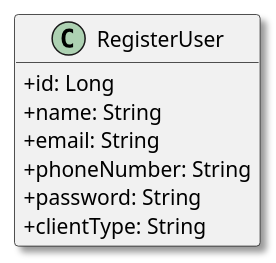
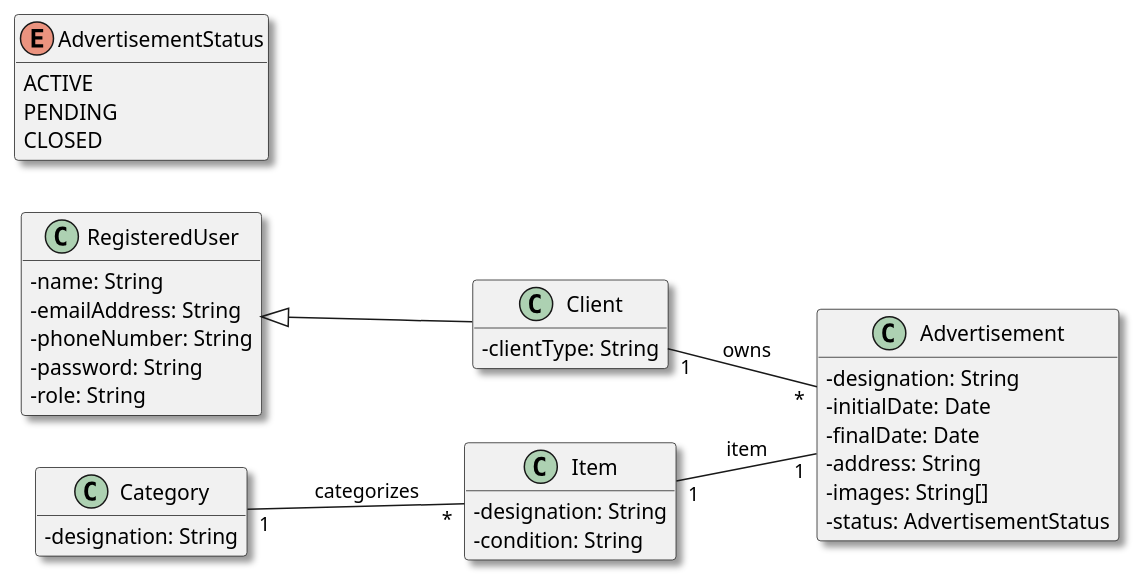
The diagram in Docs/US03/02-analysis/US03-DM.puml (vivianeaalmeida/ComeAndGet), drawn with PlantUML before and after one commit. The commit also changed 4 other files, not shown here.

```diff
--- a/Docs/US03/02-analysis/US03-DM.puml
+++ b/Docs/US03/02-analysis/US03-DM.puml
@@ -1,16 +1,50 @@
 @startuml
 skinparam monochrome false
 skinparam packageStyle rectangle
 skinparam shadowing true
+left to right direction
 skinparam classAttributeIconSize 0
 hide methods
 
-class RegisterUser {
-    + id: Long
-    + name: String
-    + email: String
-    + phoneNumber: String
-    + password: String
-    + clientType: String
+class RegisteredUser {
+    - name: String
+    - emailAddress: String
+    - phoneNumber: String
+    - password: String
+    - role: String
 }
+
+class Client {
+    - clientType: String
+}
+
+class Category {
+    - designation: String
+}
+
+class Item {
+    - designation: String
+    - condition: String
+}
+
+class Advertisement {
+    - designation: String
+    - initialDate: Date
+    - finalDate: Date
+    - address: String
+    - images: String[]
+    - status: AdvertisementStatus
+}
+
+enum AdvertisementStatus {
+    ACTIVE
+    PENDING
+    CLOSED
+}
+
+' --- Associações ---
+RegisteredUser <|-- Client
+Client "1" -- "*" Advertisement : owns
+Item "1" -- "1" Advertisement : item
+Category "1" -- "*" Item : categorizes
 @enduml
```
